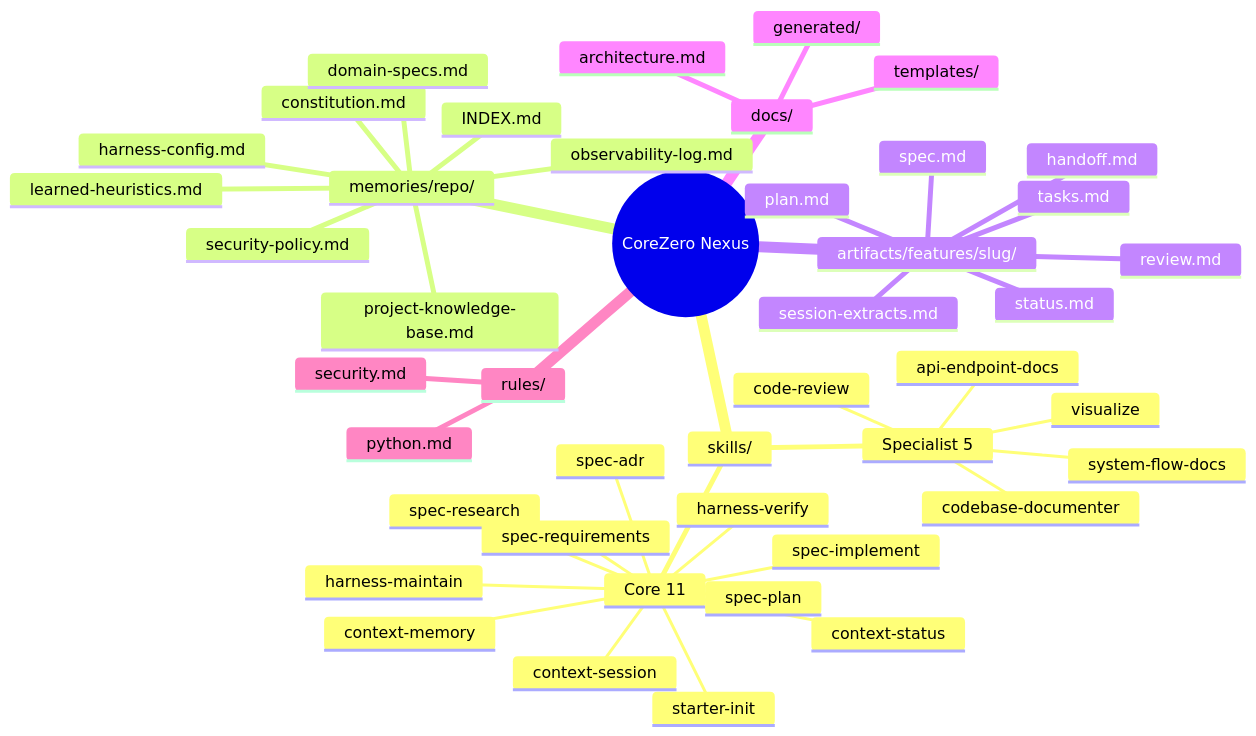
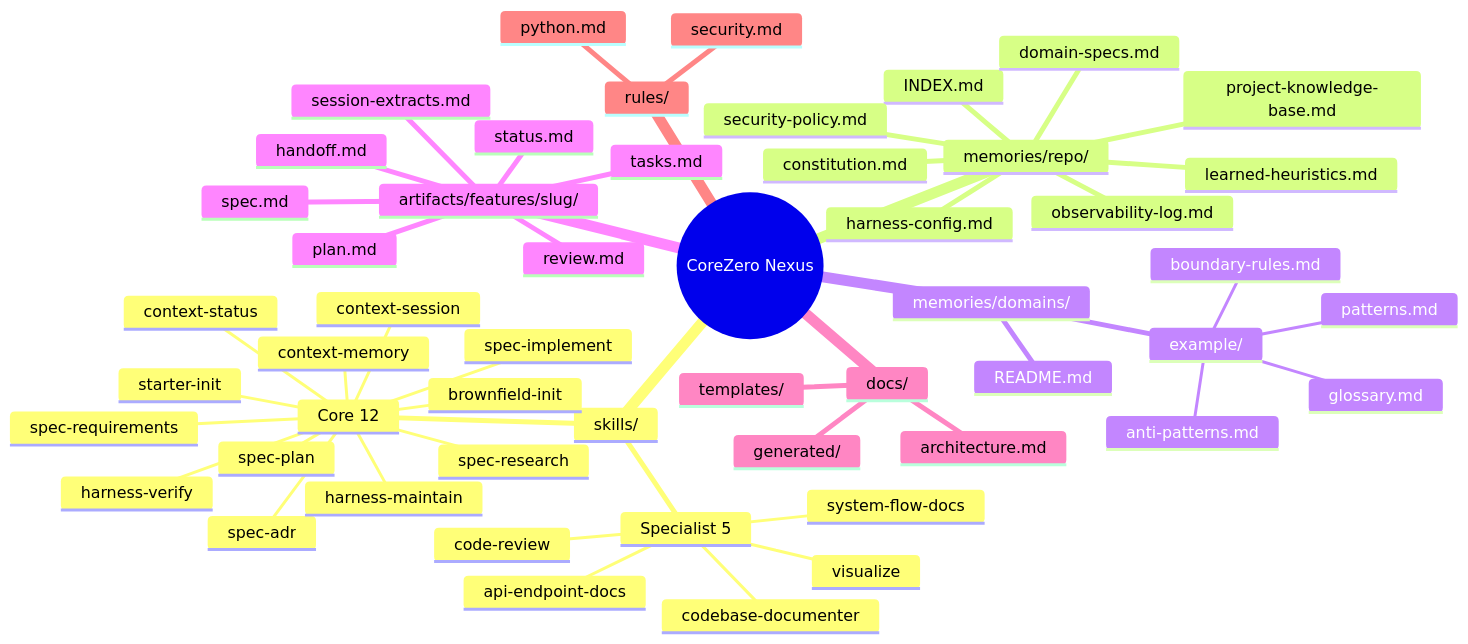
Before and after one commit to thaihai-swe/CoreZero-Nexus: the first of 2 diagrams in documents/architecture.md, drawn with Mermaid. The commit also changed other lines of this file and 52 other files, not shown here.

````diff
--- a/documents/architecture.md
+++ b/documents/architecture.md
@@ -194,47 +200,55 @@
 ```mermaid
 mindmap
   root((CoreZero Nexus))
     skills/
-      Core 11
+      Core 12
+        brownfield-init
         starter-init
         context-session
         context-status
         context-memory
         spec-research
         spec-requirements
         spec-adr
         spec-plan
         spec-implement
         harness-verify
         harness-maintain
       Specialist 5
         code-review
         visualize
         codebase-documenter
         system-flow-docs
         api-endpoint-docs
     memories/repo/
       INDEX.md
       constitution.md
       security-policy.md
       harness-config.md
       project-knowledge-base.md
       domain-specs.md
       learned-heuristics.md
       observability-log.md
+    memories/domains/
+      README.md
+      example/
+        glossary.md
+        patterns.md
+        anti-patterns.md
+        boundary-rules.md
     artifacts/features/slug/
       status.md
       spec.md
       plan.md
       tasks.md
       review.md
       handoff.md
       session-extracts.md
     docs/
       architecture.md
       templates/
       generated/
     rules/
       python.md
       security.md
 ```
````
